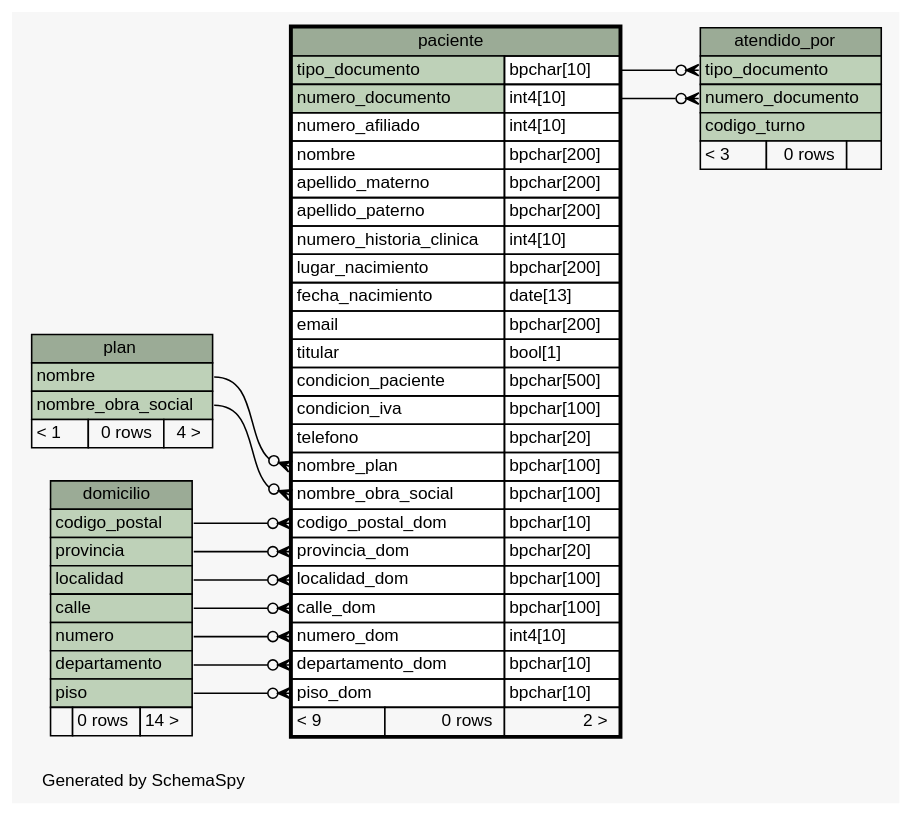
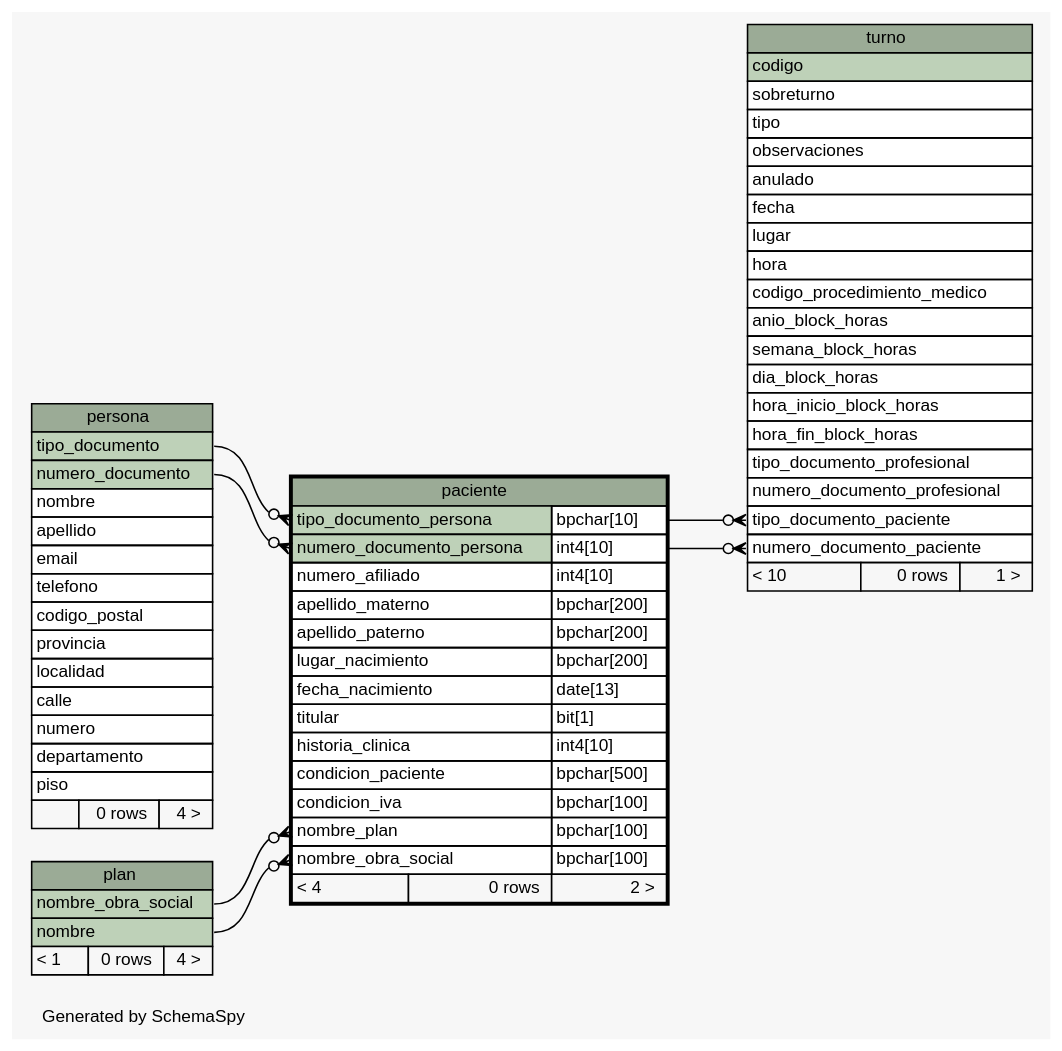
One commit to smpiano/bd-1cuat-2014-agenda-med changed the diagram in tp1/build/schema/diagrams/paciente.1degree.dot. Above: the diagram before and after it, drawn with Graphviz. The commit also changed 165 other files, not shown here.

```diff
--- a/tp1/build/schema/diagrams/paciente.1degree.dot
+++ b/tp1/build/schema/diagrams/paciente.1degree.dot
@@ -1,104 +1,110 @@
 // dot 2.26.3 on Linux 3.8.0-35-generic
 // SchemaSpy rev 590
 digraph "oneDegreeRelationshipsDiagram" {
   graph [
     rankdir="RL"
     bgcolor="#f7f7f7"
     label="\nGenerated by SchemaSpy"
     labeljust="l"
     nodesep="0.18"
     ranksep="0.46"
     fontname="Helvetica"
     fontsize="11"
   ];
   node [
     fontname="Helvetica"
     fontsize="11"
     shape="plaintext"
   ];
   edge [
     arrowsize="0.8"
   ];
-  "atendido_por":"numero_documento":w -> "paciente":"numero_documento.type":e [arrowhead=none dir=back arrowtail=crowodot];
-  "atendido_por":"tipo_documento":w -> "paciente":"tipo_documento.type":e [arrowhead=none dir=back arrowtail=crowodot];
-  "paciente":"calle_dom":w -> "domicilio":"calle":e [arrowhead=none dir=back arrowtail=crowodot];
-  "paciente":"codigo_postal_dom":w -> "domicilio":"codigo_postal":e [arrowhead=none dir=back arrowtail=crowodot];
-  "paciente":"departamento_dom":w -> "domicilio":"departamento":e [arrowhead=none dir=back arrowtail=crowodot];
-  "paciente":"localidad_dom":w -> "domicilio":"localidad":e [arrowhead=none dir=back arrowtail=crowodot];
-  "paciente":"nombre_obra_social":w -> "plan":"nombre_obra_social":e [arrowhead=none dir=back arrowtail=crowodot];
-  "paciente":"nombre_plan":w -> "plan":"nombre":e [arrowhead=none dir=back arrowtail=crowodot];
-  "paciente":"numero_dom":w -> "domicilio":"numero":e [arrowhead=none dir=back arrowtail=crowodot];
-  "paciente":"piso_dom":w -> "domicilio":"piso":e [arrowhead=none dir=back arrowtail=crowodot];
-  "paciente":"provincia_dom":w -> "domicilio":"provincia":e [arrowhead=none dir=back arrowtail=crowodot];
-  "atendido_por" [
-    label=<
-    <TABLE BORDER="0" CELLBORDER="1" CELLSPACING="0" BGCOLOR="#ffffff">
-      <TR><TD COLSPAN="3" BGCOLOR="#9bab96" ALIGN="CENTER">atendido_por</TD></TR>
-      <TR><TD PORT="tipo_documento" COLSPAN="3" BGCOLOR="#bed1b8" ALIGN="LEFT">tipo_documento</TD></TR>
-      <TR><TD PORT="numero_documento" COLSPAN="3" BGCOLOR="#bed1b8" ALIGN="LEFT">numero_documento</TD></TR>
-      <TR><TD PORT="codigo_turno" COLSPAN="3" BGCOLOR="#bed1b8" ALIGN="LEFT">codigo_turno</TD></TR>
-      <TR><TD ALIGN="LEFT" BGCOLOR="#f7f7f7">&lt; 3</TD><TD ALIGN="RIGHT" BGCOLOR="#f7f7f7">0 rows</TD><TD ALIGN="RIGHT" BGCOLOR="#f7f7f7">  </TD></TR>
-    </TABLE>>
-    URL="atendido_por.html"
-    tooltip="atendido_por"
-  ];
-  "domicilio" [
-    label=<
-    <TABLE BORDER="0" CELLBORDER="1" CELLSPACING="0" BGCOLOR="#ffffff">
-      <TR><TD COLSPAN="3" BGCOLOR="#9bab96" ALIGN="CENTER">domicilio</TD></TR>
-      <TR><TD PORT="codigo_postal" COLSPAN="3" BGCOLOR="#bed1b8" ALIGN="LEFT">codigo_postal</TD></TR>
-      <TR><TD PORT="provincia" COLSPAN="3" BGCOLOR="#bed1b8" ALIGN="LEFT">provincia</TD></TR>
-      <TR><TD PORT="localidad" COLSPAN="3" BGCOLOR="#bed1b8" ALIGN="LEFT">localidad</TD></TR>
-      <TR><TD PORT="calle" COLSPAN="3" BGCOLOR="#bed1b8" ALIGN="LEFT">calle</TD></TR>
-      <TR><TD PORT="numero" COLSPAN="3" BGCOLOR="#bed1b8" ALIGN="LEFT">numero</TD></TR>
-      <TR><TD PORT="departamento" COLSPAN="3" BGCOLOR="#bed1b8" ALIGN="LEFT">departamento</TD></TR>
-      <TR><TD PORT="piso" COLSPAN="3" BGCOLOR="#bed1b8" ALIGN="LEFT">piso</TD></TR>
-      <TR><TD ALIGN="LEFT" BGCOLOR="#f7f7f7">  </TD><TD ALIGN="RIGHT" BGCOLOR="#f7f7f7">0 rows</TD><TD ALIGN="RIGHT" BGCOLOR="#f7f7f7">14 &gt;</TD></TR>
-    </TABLE>>
-    URL="domicilio.html"
-    tooltip="domicilio"
-  ];
+  "paciente":"nombre_obra_social":w -> "plan":"nombre":e [arrowhead=none dir=back arrowtail=crowodot];
+  "paciente":"nombre_plan":w -> "plan":"nombre_obra_social":e [arrowhead=none dir=back arrowtail=crowodot];
+  "paciente":"numero_documento_persona":w -> "persona":"numero_documento":e [arrowhead=none dir=back arrowtail=crowodot];
+  "paciente":"tipo_documento_persona":w -> "persona":"tipo_documento":e [arrowhead=none dir=back arrowtail=crowodot];
+  "turno":"numero_documento_paciente":w -> "paciente":"numero_documento_persona.type":e [arrowhead=none dir=back arrowtail=crowodot];
+  "turno":"tipo_documento_paciente":w -> "paciente":"tipo_documento_persona.type":e [arrowhead=none dir=back arrowtail=crowodot];
   "paciente" [
     label=<
     <TABLE BORDER="2" CELLBORDER="1" CELLSPACING="0" BGCOLOR="#ffffff">
       <TR><TD COLSPAN="3" BGCOLOR="#9bab96" ALIGN="CENTER">paciente</TD></TR>
-      <TR><TD PORT="tipo_documento" COLSPAN="2" BGCOLOR="#bed1b8" ALIGN="LEFT">tipo_documento</TD><TD PORT="tipo_documento.type" ALIGN="LEFT">bpchar[10]</TD></TR>
-      <TR><TD PORT="numero_documento" COLSPAN="2" BGCOLOR="#bed1b8" ALIGN="LEFT">numero_documento</TD><TD PORT="numero_documento.type" ALIGN="LEFT">int4[10]</TD></TR>
+      <TR><TD PORT="tipo_documento_persona" COLSPAN="2" BGCOLOR="#bed1b8" ALIGN="LEFT">tipo_documento_persona</TD><TD PORT="tipo_documento_persona.type" ALIGN="LEFT">bpchar[10]</TD></TR>
+      <TR><TD PORT="numero_documento_persona" COLSPAN="2" BGCOLOR="#bed1b8" ALIGN="LEFT">numero_documento_persona</TD><TD PORT="numero_documento_persona.type" ALIGN="LEFT">int4[10]</TD></TR>
       <TR><TD PORT="numero_afiliado" COLSPAN="2" ALIGN="LEFT">numero_afiliado</TD><TD PORT="numero_afiliado.type" ALIGN="LEFT">int4[10]</TD></TR>
-      <TR><TD PORT="nombre" COLSPAN="2" ALIGN="LEFT">nombre</TD><TD PORT="nombre.type" ALIGN="LEFT">bpchar[200]</TD></TR>
       <TR><TD PORT="apellido_materno" COLSPAN="2" ALIGN="LEFT">apellido_materno</TD><TD PORT="apellido_materno.type" ALIGN="LEFT">bpchar[200]</TD></TR>
       <TR><TD PORT="apellido_paterno" COLSPAN="2" ALIGN="LEFT">apellido_paterno</TD><TD PORT="apellido_paterno.type" ALIGN="LEFT">bpchar[200]</TD></TR>
-      <TR><TD PORT="numero_historia_clinica" COLSPAN="2" ALIGN="LEFT">numero_historia_clinica</TD><TD PORT="numero_historia_clinica.type" ALIGN="LEFT">int4[10]</TD></TR>
       <TR><TD PORT="lugar_nacimiento" COLSPAN="2" ALIGN="LEFT">lugar_nacimiento</TD><TD PORT="lugar_nacimiento.type" ALIGN="LEFT">bpchar[200]</TD></TR>
       <TR><TD PORT="fecha_nacimiento" COLSPAN="2" ALIGN="LEFT">fecha_nacimiento</TD><TD PORT="fecha_nacimiento.type" ALIGN="LEFT">date[13]</TD></TR>
-      <TR><TD PORT="email" COLSPAN="2" ALIGN="LEFT">email</TD><TD PORT="email.type" ALIGN="LEFT">bpchar[200]</TD></TR>
-      <TR><TD PORT="titular" COLSPAN="2" ALIGN="LEFT">titular</TD><TD PORT="titular.type" ALIGN="LEFT">bool[1]</TD></TR>
+      <TR><TD PORT="titular" COLSPAN="2" ALIGN="LEFT">titular</TD><TD PORT="titular.type" ALIGN="LEFT">bit[1]</TD></TR>
+      <TR><TD PORT="historia_clinica" COLSPAN="2" ALIGN="LEFT">historia_clinica</TD><TD PORT="historia_clinica.type" ALIGN="LEFT">int4[10]</TD></TR>
       <TR><TD PORT="condicion_paciente" COLSPAN="2" ALIGN="LEFT">condicion_paciente</TD><TD PORT="condicion_paciente.type" ALIGN="LEFT">bpchar[500]</TD></TR>
       <TR><TD PORT="condicion_iva" COLSPAN="2" ALIGN="LEFT">condicion_iva</TD><TD PORT="condicion_iva.type" ALIGN="LEFT">bpchar[100]</TD></TR>
-      <TR><TD PORT="telefono" COLSPAN="2" ALIGN="LEFT">telefono</TD><TD PORT="telefono.type" ALIGN="LEFT">bpchar[20]</TD></TR>
       <TR><TD PORT="nombre_plan" COLSPAN="2" ALIGN="LEFT">nombre_plan</TD><TD PORT="nombre_plan.type" ALIGN="LEFT">bpchar[100]</TD></TR>
       <TR><TD PORT="nombre_obra_social" COLSPAN="2" ALIGN="LEFT">nombre_obra_social</TD><TD PORT="nombre_obra_social.type" ALIGN="LEFT">bpchar[100]</TD></TR>
-      <TR><TD PORT="codigo_postal_dom" COLSPAN="2" ALIGN="LEFT">codigo_postal_dom</TD><TD PORT="codigo_postal_dom.type" ALIGN="LEFT">bpchar[10]</TD></TR>
-      <TR><TD PORT="provincia_dom" COLSPAN="2" ALIGN="LEFT">provincia_dom</TD><TD PORT="provincia_dom.type" ALIGN="LEFT">bpchar[20]</TD></TR>
-      <TR><TD PORT="localidad_dom" COLSPAN="2" ALIGN="LEFT">localidad_dom</TD><TD PORT="localidad_dom.type" ALIGN="LEFT">bpchar[100]</TD></TR>
-      <TR><TD PORT="calle_dom" COLSPAN="2" ALIGN="LEFT">calle_dom</TD><TD PORT="calle_dom.type" ALIGN="LEFT">bpchar[100]</TD></TR>
-      <TR><TD PORT="numero_dom" COLSPAN="2" ALIGN="LEFT">numero_dom</TD><TD PORT="numero_dom.type" ALIGN="LEFT">int4[10]</TD></TR>
-      <TR><TD PORT="departamento_dom" COLSPAN="2" ALIGN="LEFT">departamento_dom</TD><TD PORT="departamento_dom.type" ALIGN="LEFT">bpchar[10]</TD></TR>
-      <TR><TD PORT="piso_dom" COLSPAN="2" ALIGN="LEFT">piso_dom</TD><TD PORT="piso_dom.type" ALIGN="LEFT">bpchar[10]</TD></TR>
-      <TR><TD ALIGN="LEFT" BGCOLOR="#f7f7f7">&lt; 9</TD><TD ALIGN="RIGHT" BGCOLOR="#f7f7f7">0 rows</TD><TD ALIGN="RIGHT" BGCOLOR="#f7f7f7">2 &gt;</TD></TR>
+      <TR><TD ALIGN="LEFT" BGCOLOR="#f7f7f7">&lt; 4</TD><TD ALIGN="RIGHT" BGCOLOR="#f7f7f7">0 rows</TD><TD ALIGN="RIGHT" BGCOLOR="#f7f7f7">2 &gt;</TD></TR>
     </TABLE>>
     URL="paciente.html"
     tooltip="paciente"
+  ];
+  "persona" [
+    label=<
+    <TABLE BORDER="0" CELLBORDER="1" CELLSPACING="0" BGCOLOR="#ffffff">
+      <TR><TD COLSPAN="3" BGCOLOR="#9bab96" ALIGN="CENTER">persona</TD></TR>
+      <TR><TD PORT="tipo_documento" COLSPAN="3" BGCOLOR="#bed1b8" ALIGN="LEFT">tipo_documento</TD></TR>
+      <TR><TD PORT="numero_documento" COLSPAN="3" BGCOLOR="#bed1b8" ALIGN="LEFT">numero_documento</TD></TR>
+      <TR><TD PORT="nombre" COLSPAN="3" ALIGN="LEFT">nombre</TD></TR>
+      <TR><TD PORT="apellido" COLSPAN="3" ALIGN="LEFT">apellido</TD></TR>
+      <TR><TD PORT="email" COLSPAN="3" ALIGN="LEFT">email</TD></TR>
+      <TR><TD PORT="telefono" COLSPAN="3" ALIGN="LEFT">telefono</TD></TR>
+      <TR><TD PORT="codigo_postal" COLSPAN="3" ALIGN="LEFT">codigo_postal</TD></TR>
+      <TR><TD PORT="provincia" COLSPAN="3" ALIGN="LEFT">provincia</TD></TR>
+      <TR><TD PORT="localidad" COLSPAN="3" ALIGN="LEFT">localidad</TD></TR>
+      <TR><TD PORT="calle" COLSPAN="3" ALIGN="LEFT">calle</TD></TR>
+      <TR><TD PORT="numero" COLSPAN="3" ALIGN="LEFT">numero</TD></TR>
+      <TR><TD PORT="departamento" COLSPAN="3" ALIGN="LEFT">departamento</TD></TR>
+      <TR><TD PORT="piso" COLSPAN="3" ALIGN="LEFT">piso</TD></TR>
+      <TR><TD ALIGN="LEFT" BGCOLOR="#f7f7f7">  </TD><TD ALIGN="RIGHT" BGCOLOR="#f7f7f7">0 rows</TD><TD ALIGN="RIGHT" BGCOLOR="#f7f7f7">4 &gt;</TD></TR>
+    </TABLE>>
+    URL="persona.html"
+    tooltip="persona"
   ];
   "plan" [
     label=<
     <TABLE BORDER="0" CELLBORDER="1" CELLSPACING="0" BGCOLOR="#ffffff">
       <TR><TD COLSPAN="3" BGCOLOR="#9bab96" ALIGN="CENTER">plan</TD></TR>
+      <TR><TD PORT="nombre_obra_social" COLSPAN="3" BGCOLOR="#bed1b8" ALIGN="LEFT">nombre_obra_social</TD></TR>
       <TR><TD PORT="nombre" COLSPAN="3" BGCOLOR="#bed1b8" ALIGN="LEFT">nombre</TD></TR>
-      <TR><TD PORT="nombre_obra_social" COLSPAN="3" BGCOLOR="#bed1b8" ALIGN="LEFT">nombre_obra_social</TD></TR>
       <TR><TD ALIGN="LEFT" BGCOLOR="#f7f7f7">&lt; 1</TD><TD ALIGN="RIGHT" BGCOLOR="#f7f7f7">0 rows</TD><TD ALIGN="RIGHT" BGCOLOR="#f7f7f7">4 &gt;</TD></TR>
     </TABLE>>
     URL="plan.html"
     tooltip="plan"
   ];
+  "turno" [
+    label=<
+    <TABLE BORDER="0" CELLBORDER="1" CELLSPACING="0" BGCOLOR="#ffffff">
+      <TR><TD COLSPAN="3" BGCOLOR="#9bab96" ALIGN="CENTER">turno</TD></TR>
+      <TR><TD PORT="codigo" COLSPAN="3" BGCOLOR="#bed1b8" ALIGN="LEFT">codigo</TD></TR>
+      <TR><TD PORT="sobreturno" COLSPAN="3" ALIGN="LEFT">sobreturno</TD></TR>
+      <TR><TD PORT="tipo" COLSPAN="3" ALIGN="LEFT">tipo</TD></TR>
+      <TR><TD PORT="observaciones" COLSPAN="3" ALIGN="LEFT">observaciones</TD></TR>
+      <TR><TD PORT="anulado" COLSPAN="3" ALIGN="LEFT">anulado</TD></TR>
+      <TR><TD PORT="fecha" COLSPAN="3" ALIGN="LEFT">fecha</TD></TR>
+      <TR><TD PORT="lugar" COLSPAN="3" ALIGN="LEFT">lugar</TD></TR>
+      <TR><TD PORT="hora" COLSPAN="3" ALIGN="LEFT">hora</TD></TR>
+      <TR><TD PORT="codigo_procedimiento_medico" COLSPAN="3" ALIGN="LEFT">codigo_procedimiento_medico</TD></TR>
+      <TR><TD PORT="anio_block_horas" COLSPAN="3" ALIGN="LEFT">anio_block_horas</TD></TR>
+      <TR><TD PORT="semana_block_horas" COLSPAN="3" ALIGN="LEFT">semana_block_horas</TD></TR>
+      <TR><TD PORT="dia_block_horas" COLSPAN="3" ALIGN="LEFT">dia_block_horas</TD></TR>
+      <TR><TD PORT="hora_inicio_block_horas" COLSPAN="3" ALIGN="LEFT">hora_inicio_block_horas</TD></TR>
+      <TR><TD PORT="hora_fin_block_horas" COLSPAN="3" ALIGN="LEFT">hora_fin_block_horas</TD></TR>
+      <TR><TD PORT="tipo_documento_profesional" COLSPAN="3" ALIGN="LEFT">tipo_documento_profesional</TD></TR>
+      <TR><TD PORT="numero_documento_profesional" COLSPAN="3" ALIGN="LEFT">numero_documento_profesional</TD></TR>
+      <TR><TD PORT="tipo_documento_paciente" COLSPAN="3" ALIGN="LEFT">tipo_documento_paciente</TD></TR>
+      <TR><TD PORT="numero_documento_paciente" COLSPAN="3" ALIGN="LEFT">numero_documento_paciente</TD></TR>
+      <TR><TD ALIGN="LEFT" BGCOLOR="#f7f7f7">&lt; 10</TD><TD ALIGN="RIGHT" BGCOLOR="#f7f7f7">0 rows</TD><TD ALIGN="RIGHT" BGCOLOR="#f7f7f7">1 &gt;</TD></TR>
+    </TABLE>>
+    URL="turno.html"
+    tooltip="turno"
+  ];
 }
```
